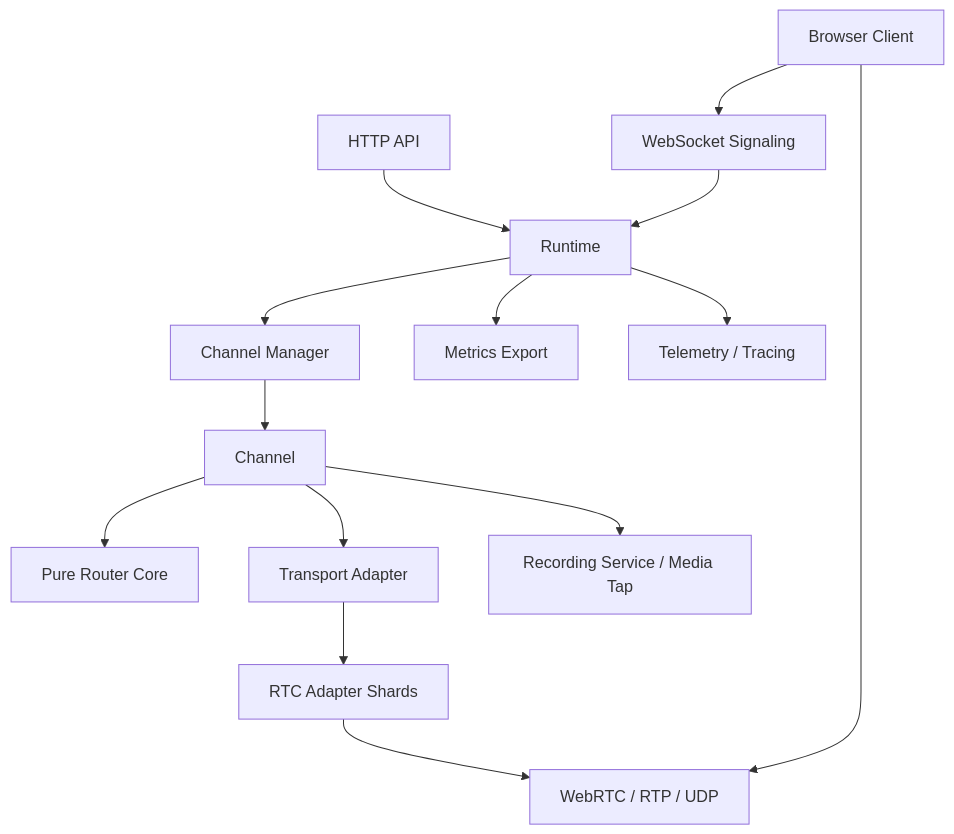
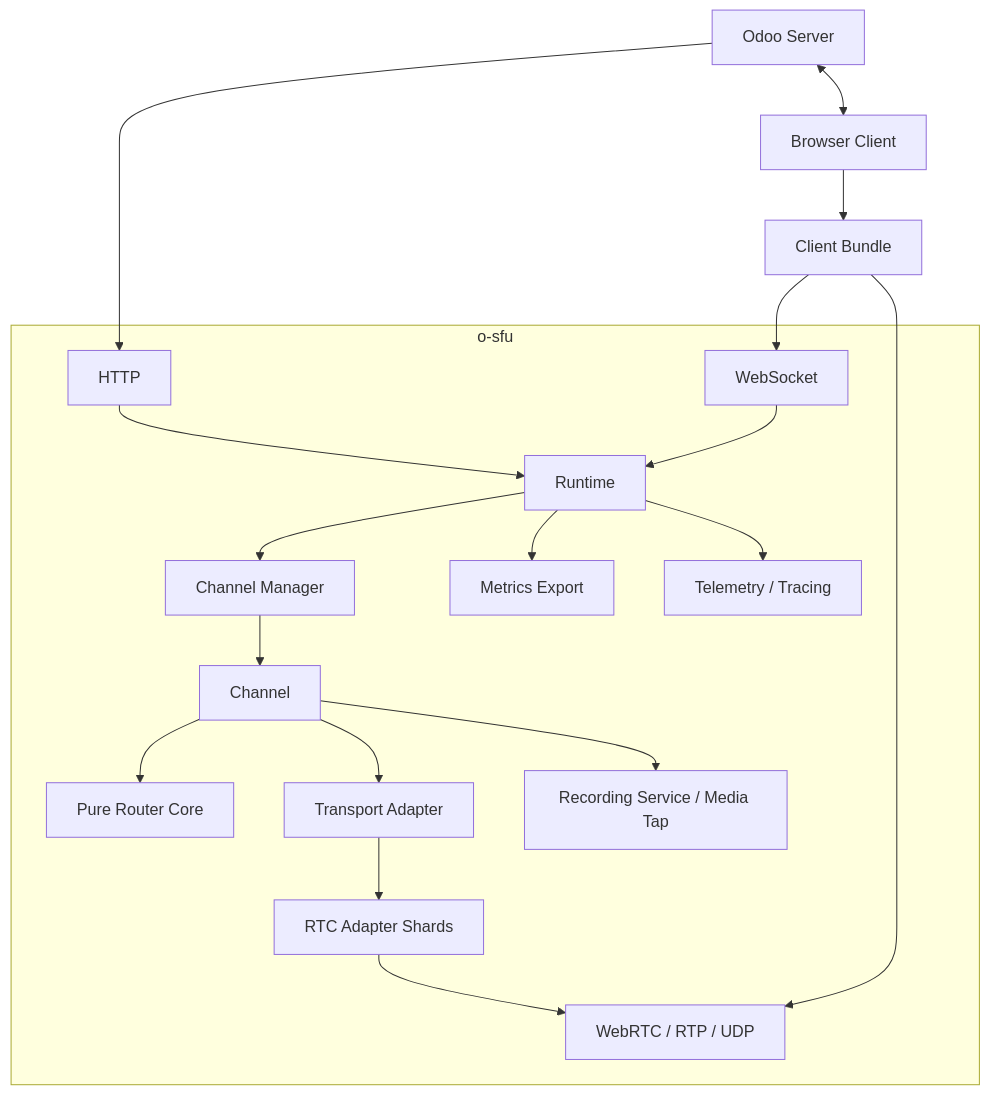
The diagram in README.md (ThanhDodeurOdoo/o-sfu), drawn with Mermaid before and after one commit. The commit also changed 19 other files, not shown here.

Commit message:
[IMP] more loom and doc graph

````diff
--- a/README.md
+++ b/README.md
@@ -26,16 +26,37 @@
 ```mermaid
 flowchart TD
-    A[HTTP API] --> B[Runtime]
-    C[WebSocket Signaling] --> B
-    B --> D[Channel Manager]
-    D --> E[Channel]
-    E --> F[Pure Router Core]
-    E --> G[Transport Adapter]
-    G --> H[RTC Adapter Shards]
-    H --> I[WebRTC / RTP / UDP]
-    E --> J[Recording Service / Media Tap]
-    B --> K[Metrics Export]
-    B --> L[Telemetry / Tracing]
-    M[Browser Client] --> C
-    M --> I
+  Odoo[Odoo Server]
+  Client[Browser Client]
+  CB[Client Bundle]
+  subgraph s1["o-sfu"]
+    HTTP
+    WS[WebSocket]
+    RT[Runtime]
+    CM[Channel Manager]
+    CH[Channel]
+    R[Pure Router Core]
+    TRA[Transport Adapter]
+    RTCS[RTC Adapter Shards]
+    WRTC[WebRTC / RTP / UDP]
+    REC[Recording Service / Media Tap]
+    MET[Metrics Export]
+    TEL[Telemetry / Tracing]
+    
+  end
+  Odoo <--> Client
+  Odoo --> HTTP
+  HTTP --> RT
+  WS --> RT
+  RT --> CM
+  CM --> CH
+  CH --> R
+  CH --> TRA
+  TRA --> RTCS
+  RTCS --> WRTC
+  CH --> REC
+  RT --> MET
+  RT --> TEL
+  Client --> CB
+  CB --> WS
+  CB --> WRTC
 ```
````
